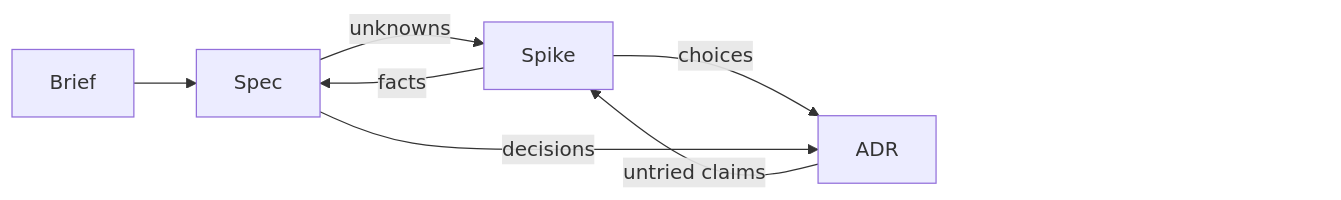
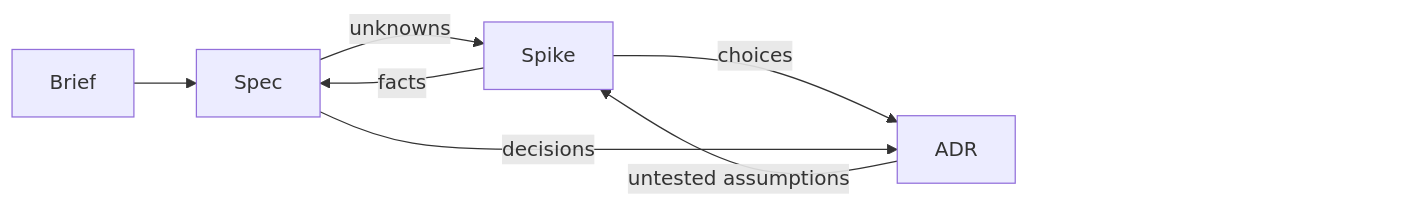
The first of 4 diagrams in docs/lifecycle.md (michaelmarconi/agentic-engineering), drawn with Mermaid before and after one commit. The commit also changed 2 other files, not shown here.

Commit message:
Put the new lines on the docs pages in plain words
Claude-Session: https://claude.ai/code/session_01NCq9p7rXWfwVm2vyMWRzoN

````diff
--- a/docs/lifecycle.md
+++ b/docs/lifecycle.md
@@ -72,11 +72,11 @@
 ```mermaid
 flowchart LR
     Brief --> Spec
     Spec -->|unknowns| Spike
-    ADR -->|untried claims| Spike
+    ADR -->|untested assumptions| Spike
     Spike -->|facts| Spec
     Spike -->|choices| ADR
     Spec -->|decisions| ADR
     ADR ~~~ Pad["#nbsp;#nbsp;#nbsp;#nbsp;#nbsp;#nbsp;#nbsp;#nbsp;#nbsp;#nbsp;#nbsp;#nbsp;#nbsp;#nbsp;#nbsp;#nbsp;#nbsp;#nbsp;#nbsp;#nbsp;#nbsp;#nbsp;#nbsp;#nbsp;#nbsp;#nbsp;#nbsp;#nbsp;#nbsp;#nbsp;#nbsp;#nbsp;#nbsp;#nbsp;#nbsp;#nbsp;#nbsp;#nbsp;#nbsp;#nbsp;"]
     style Pad fill:none,stroke:none
 ```
````
